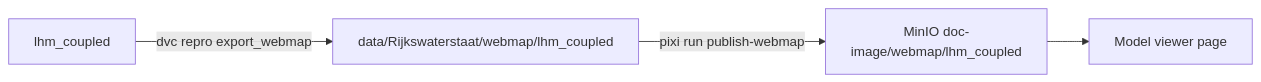
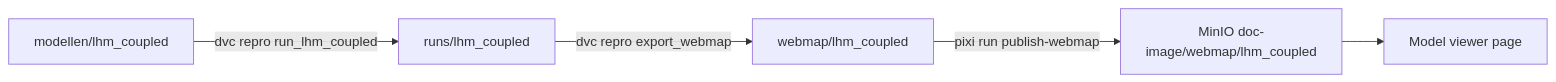
Before and after one commit to Deltares/Ribasim-NL: the diagram in docs/dev/viewer.qmd, drawn with Mermaid. The commit also changed other lines of this file and 14 other files, not shown here.

Commit message:
Add run_lhm stage

````diff
--- a/docs/dev/viewer.qmd
+++ b/docs/dev/viewer.qmd
@@ -8,6 +8,7 @@
 ```{mermaid}
 flowchart LR
-  A[lhm_coupled] -->|dvc repro export_webmap| B[data/Rijkswaterstaat/webmap/lhm_coupled]
+  A[modellen/lhm_coupled] -->|dvc repro run_lhm_coupled| R[runs/lhm_coupled]
+  R -->|dvc repro export_webmap| B[webmap/lhm_coupled]
   B -->|pixi run publish-webmap| C[MinIO doc-image/webmap/lhm_coupled]
   C --> D[Model viewer page]
 ```
````
